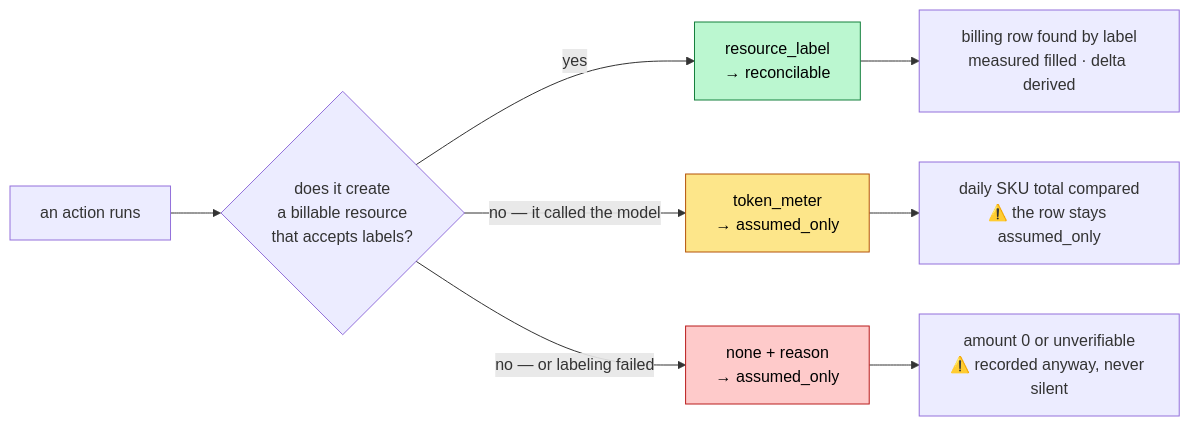
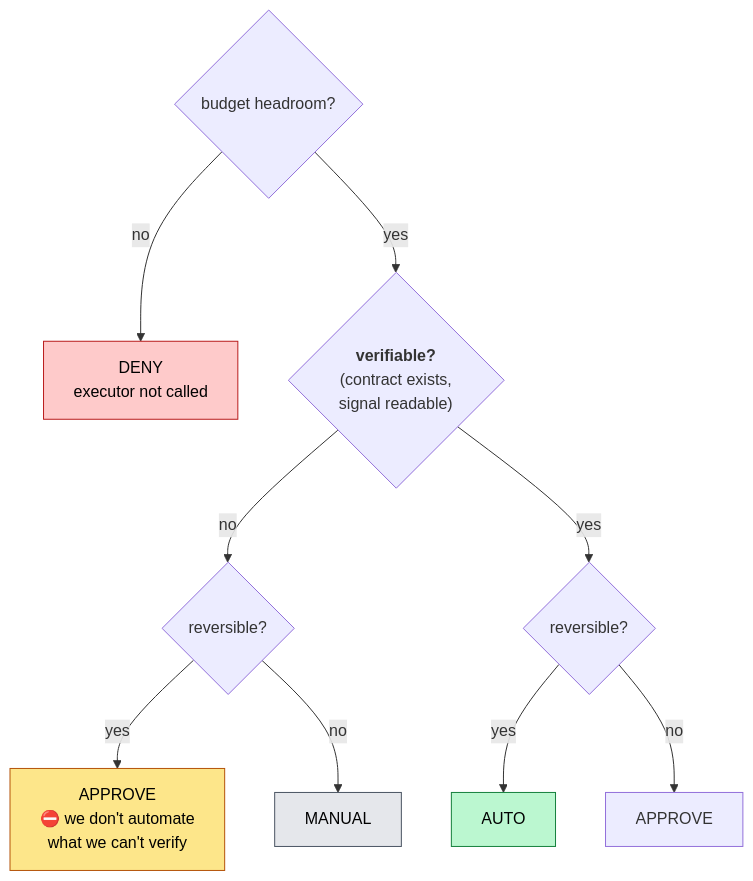
Before and after one commit to men16922/warranty-agent: the third of 4 diagrams in docs/OVERVIEW.md, drawn with Mermaid. The commit also changed other lines of this file and 46 other files, not shown here.

````diff
--- a/docs/OVERVIEW.md
+++ b/docs/OVERVIEW.md
@@ -117,15 +115,16 @@
 ```mermaid
-flowchart LR
-    ACT["an action runs"] --> Q{"does it create<br/>a billable resource<br/>that accepts labels?"}
-    Q -->|yes| RL["resource_label<br/>→ reconcilable"]
-    Q -->|"no — it called the model"| TM["token_meter<br/>→ assumed_only"]
-    Q -->|"no — or labeling failed"| NO["none + reason<br/>→ assumed_only"]
+flowchart TD
+    S{"budget headroom?"} -->|no| DENY["DENY<br/>executor not called"]
+    S -->|yes| V{"<b>verifiable?</b><br/>(contract exists,<br/>signal readable)"}
+    V -->|no| RV{"reversible?"}
+    V -->|yes| RV2{"reversible?"}
+    RV -->|yes| APP1["APPROVE<br/>⛔ we don't automate<br/>what we can't verify"]
+    RV -->|no| MAN["MANUAL"]
+    RV2 -->|yes| AUTO["AUTO"]
+    RV2 -->|no| APP2["APPROVE"]
 
-    RL --> OK["billing row found by label<br/>measured filled · delta derived"]
-    TM --> AGG["daily SKU total compared<br/>⚠️ the row stays assumed_only"]
-    NO --> ZERO["amount 0 or unverifiable<br/>⚠️ recorded anyway, never silent"]
-
-    style RL fill:#bbf7d0,stroke:#15803d,color:#000
-    style TM fill:#fde68a,stroke:#b45309,color:#000
-    style NO fill:#fecaca,stroke:#b91c1c,color:#000
+    style AUTO fill:#bbf7d0,stroke:#15803d,color:#000
+    style DENY fill:#fecaca,stroke:#b91c1c,color:#000
+    style APP1 fill:#fde68a,stroke:#b45309,color:#000
+    style MAN fill:#e5e7eb,stroke:#4b5563,color:#000
 ```
````
